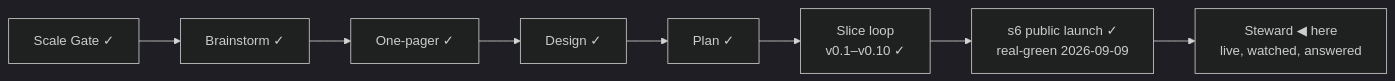
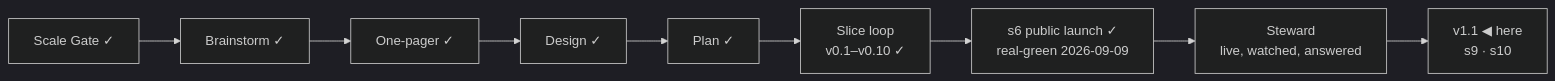
The diagram in STATUS.md (OytunOnal/permit-rulebook), drawn with Mermaid (dark theme) before and after one commit. The commit also changed other lines of this file, not shown here.

````diff
--- a/STATUS.md
+++ b/STATUS.md
@@ -14,7 +14,7 @@
 ```mermaid
 flowchart LR
     A[Scale Gate ✓] --> B[Brainstorm ✓] --> C[One-pager ✓] --> D[Design ✓] --> E[Plan ✓]
     E --> F["Slice loop<br/>v0.1–v0.10 ✓"]
     F --> G["s6 public launch ✓<br/>real-green 2026-09-09"]
-    G --> H["Steward ◀ here<br/>live, watched, answered"]
+    G --> H["Steward<br/>live, watched, answered"] --> I["v1.1 ◀ here<br/>s9 · s10"]
 ```
````
